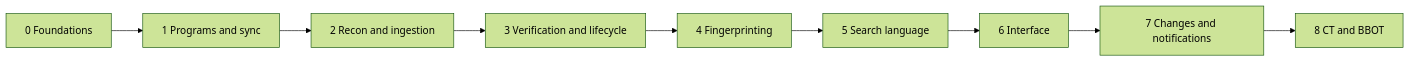
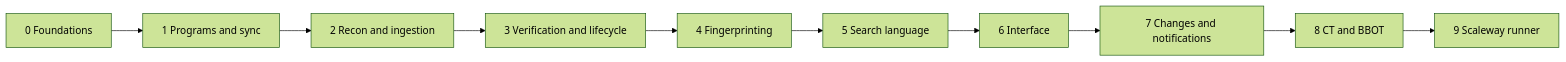
Before and after one commit to JoshuaMart/Recon: the diagram in docs/src/content/docs/architecture/roadmap.md, drawn with Mermaid (forest theme). The commit also changed other lines of this file and 5 other files, not shown here.

First line of the commit message:
feat(web): program field in the facets, short facets, roadmap phase 9

````diff
--- a/docs/src/content/docs/architecture/roadmap.md
+++ b/docs/src/content/docs/architecture/roadmap.md
@@ -11,11 +11,12 @@
 ```mermaid
 flowchart LR
   P0[0 Foundations] --> P1[1 Programs and sync]
   P1 --> P2[2 Recon and ingestion]
   P2 --> P3[3 Verification and lifecycle]
   P3 --> P4[4 Fingerprinting]
   P4 --> P5[5 Search language]
   P5 --> P6[6 Interface]
   P6 --> P7[7 Changes and notifications]
   P7 --> P8[8 CT and BBOT]
+  P8 --> P9[9 Scaleway runner]
 ```
````
